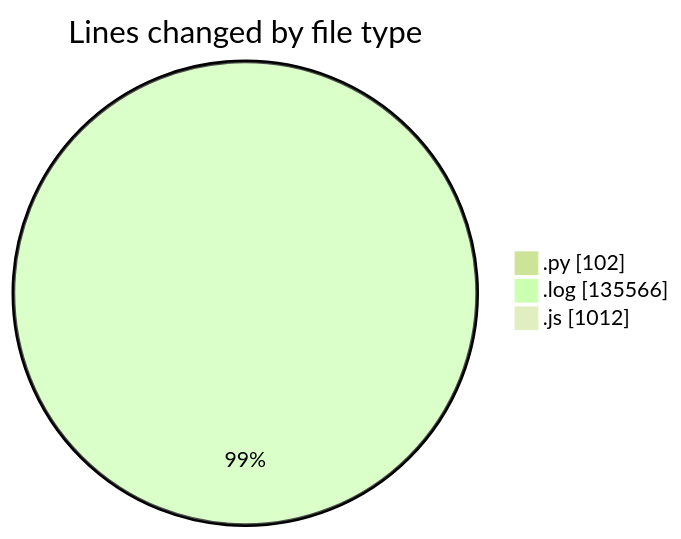
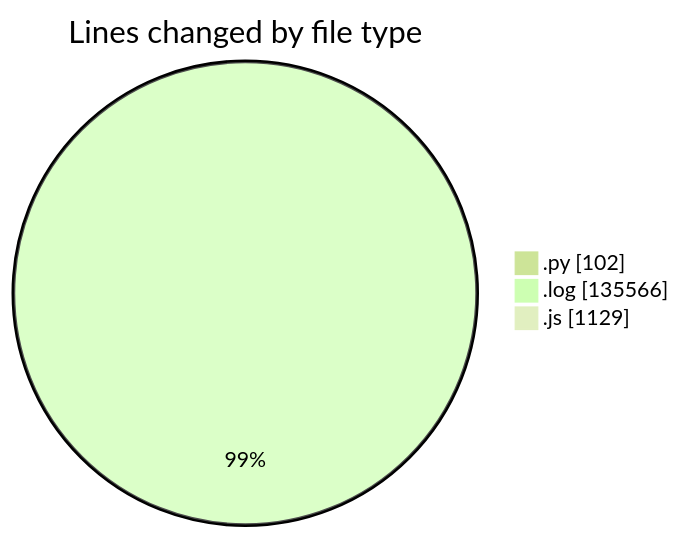
One commit to nxtqubesakshisongat/code-tracking changed the first of 2 diagrams in 2025-04-11/nxtqube_webapp/README.md. Above: the diagram before and after it, drawn with Mermaid (forest theme). The commit also changed other lines of this file and 1 other file, not shown here.

````diff
--- a/2025-04-11/nxtqube_webapp/README.md
+++ b/2025-04-11/nxtqube_webapp/README.md
@@ -25,7 +27,7 @@
 ```mermaid
 pie showData
 title Lines changed by file type
 ".py" : 102
 ".log" : 135566
-".js" : 1012
+".js" : 1129
 ```
````
